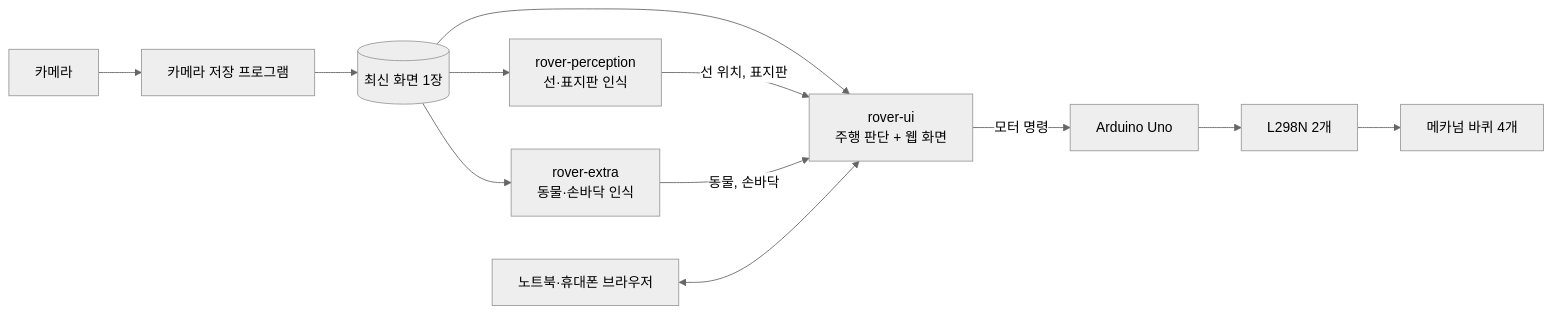
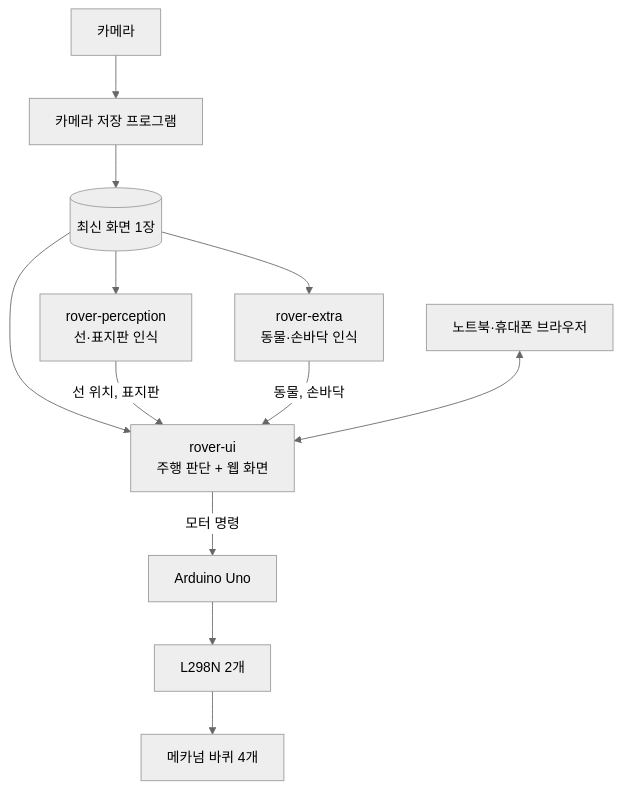
One commit to SLA3DP/tak-rover changed the diagram in README.md. Above: the diagram before and after it, drawn with Mermaid (neutral theme).

Commit message:
설명서의 구조 그림을 세로 방향으로 바꿈 (좁은 화면에서 글씨가 너무 작았음)

````diff
--- a/README.md
+++ b/README.md
@@ -43,13 +43,13 @@
 ```mermaid
-flowchart LR
+flowchart TD
     cam[카메라] --> feed[카메라 저장 프로그램]
     feed --> jpg[(최신 화면 1장)]
     jpg --> stack[rover-perception<br>선·표지판 인식]
     jpg --> extra[rover-extra<br>동물·손바닥 인식]
     jpg --> ui
     stack -- 선 위치, 표지판 --> ui[rover-ui<br>주행 판단 + 웹 화면]
     extra -- 동물, 손바닥 --> ui
     ui -- 모터 명령 --> uno[Arduino Uno]
     uno --> drv[L298N 2개] --> wheel[메카넘 바퀴 4개]
     pc[노트북·휴대폰 브라우저] <--> ui
 ```
````
